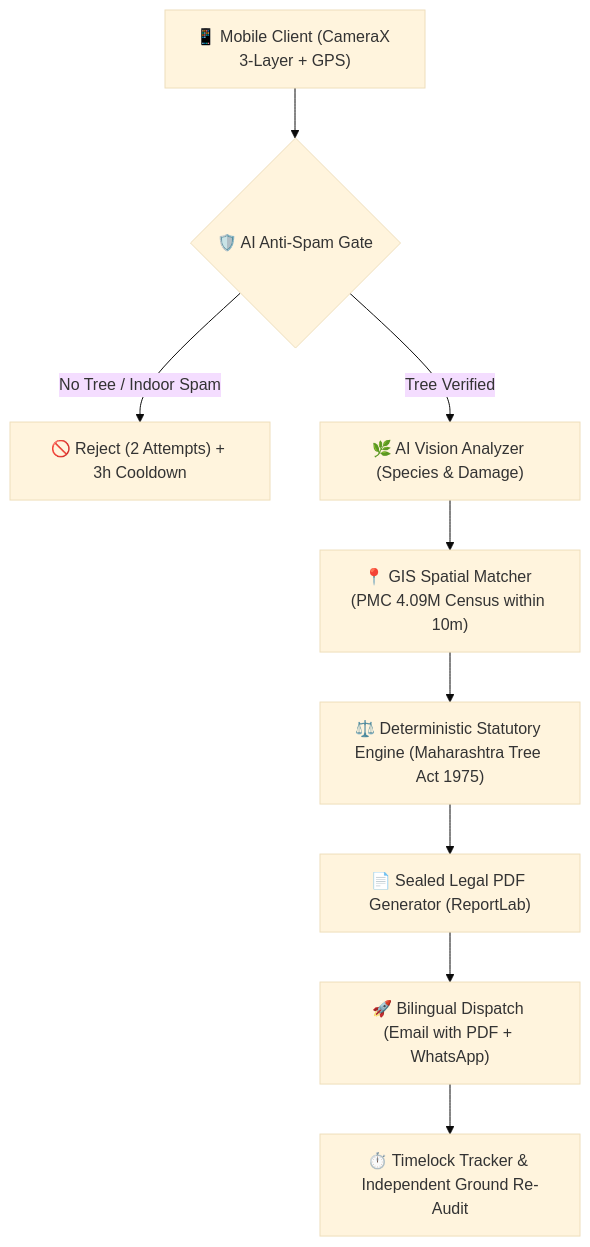
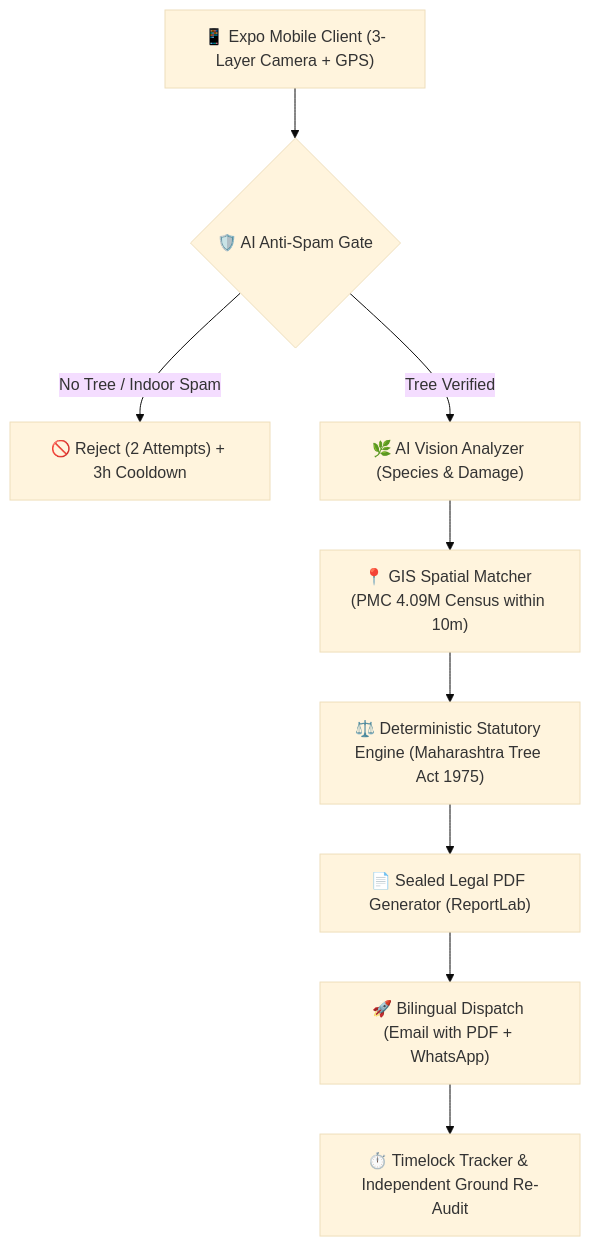
One commit to tanmayJivnani/iqoo-hackathon-26 changed the diagram in README.md. Above: the diagram before and after it, drawn with Mermaid (base theme). The commit also changed other lines of this file and 50 other files, not shown here.

````diff
--- a/README.md
+++ b/README.md
@@ -40,11 +40,11 @@
 ```mermaid
 flowchart TD
-    A["📱 Mobile Client (CameraX 3-Layer + GPS)"] --> B{"🛡️ AI Anti-Spam Gate"}
+    A["📱 Expo Mobile Client (3-Layer Camera + GPS)"] --> B{"🛡️ AI Anti-Spam Gate"}
     B -- "No Tree / Indoor Spam" --> B1["🚫 Reject (2 Attempts) + 3h Cooldown"]
     B -- "Tree Verified" --> C["🌿 AI Vision Analyzer (Species & Damage)"]
     C --> D["📍 GIS Spatial Matcher (PMC 4.09M Census within 10m)"]
     D --> E["⚖️ Deterministic Statutory Engine (Maharashtra Tree Act 1975)"]
     E --> F["📄 Sealed Legal PDF Generator (ReportLab)"]
     F --> G["🚀 Bilingual Dispatch (Email with PDF + WhatsApp)"]
     G --> H["⏱️ Timelock Tracker & Independent Ground Re-Audit"]
 ```
````
